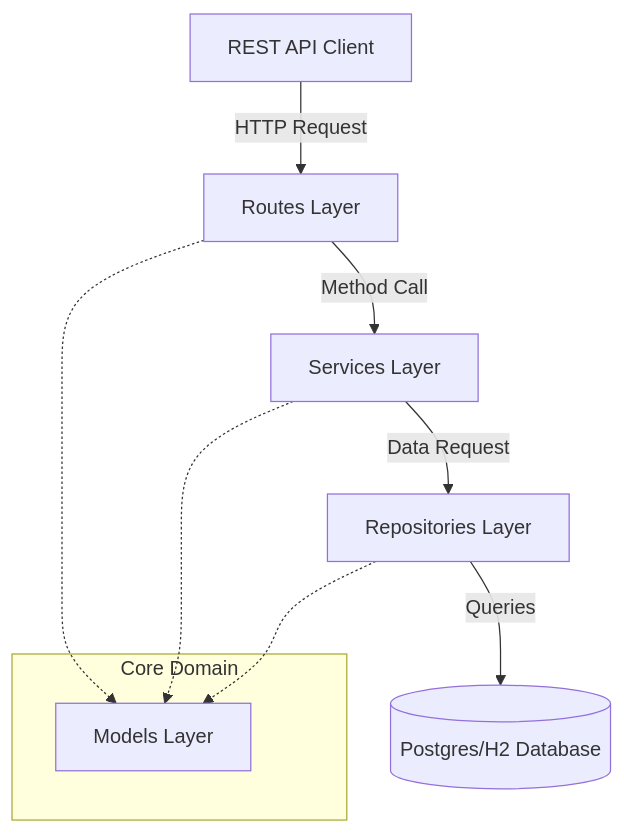
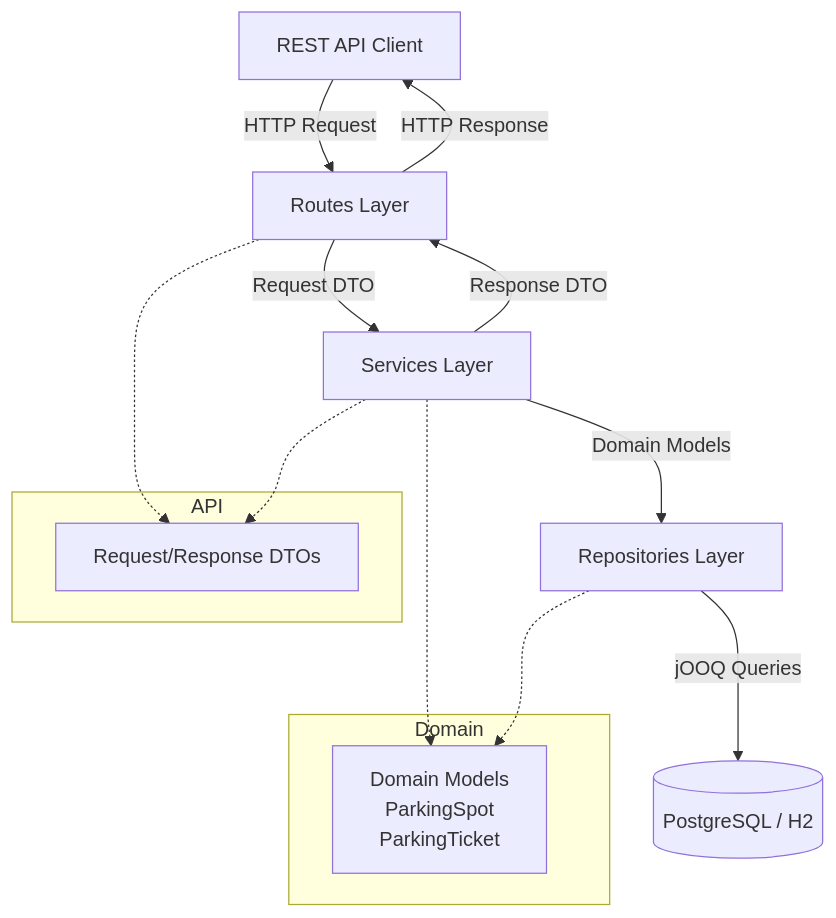
The diagram in docs/Design-Walkthrough.md (Dharanish-AM/MetropolisParking), drawn with Mermaid before and after one commit.

Commit message:
docs: enhance architecture diagram with response flow, DTOs, and domain models

````diff
--- a/docs/Design-Walkthrough.md
+++ b/docs/Design-Walkthrough.md
@@ -11,15 +11,29 @@
 ```mermaid
 graph TD
-    Client[REST API Client] -->|HTTP Request| Routes[Routes Layer]
-    Routes -->|Method Call| Services[Services Layer]
-    Services -->|Data Request| Repositories[Repositories Layer]
-    Repositories -->|Queries| DB[(Postgres/H2 Database)]
+    Client[REST API Client]
     
-    subgraph Core Domain
-        Models[Models Layer]
+    Client -->|HTTP Request| Routes[Routes Layer]
+    
+    Routes -->|Request DTO| Services[Services Layer]
+    
+    Services -->|Domain Models| Repositories[Repositories Layer]
+    
+    Repositories -->|jOOQ Queries| DB[(PostgreSQL / H2)]
+    
+    Services -->|Response DTO| Routes
+    Routes -->|HTTP Response| Client
+
+    subgraph Domain
+        Models[Domain Models<br/>ParkingSpot<br/>ParkingTicket]
     end
-    
-    Routes -.-> Models
+
+    subgraph API
+        DTOs[Request/Response DTOs]
+    end
+
+    Routes -.-> DTOs
+    Services -.-> DTOs
+
     Services -.-> Models
     Repositories -.-> Models
 ```
````
